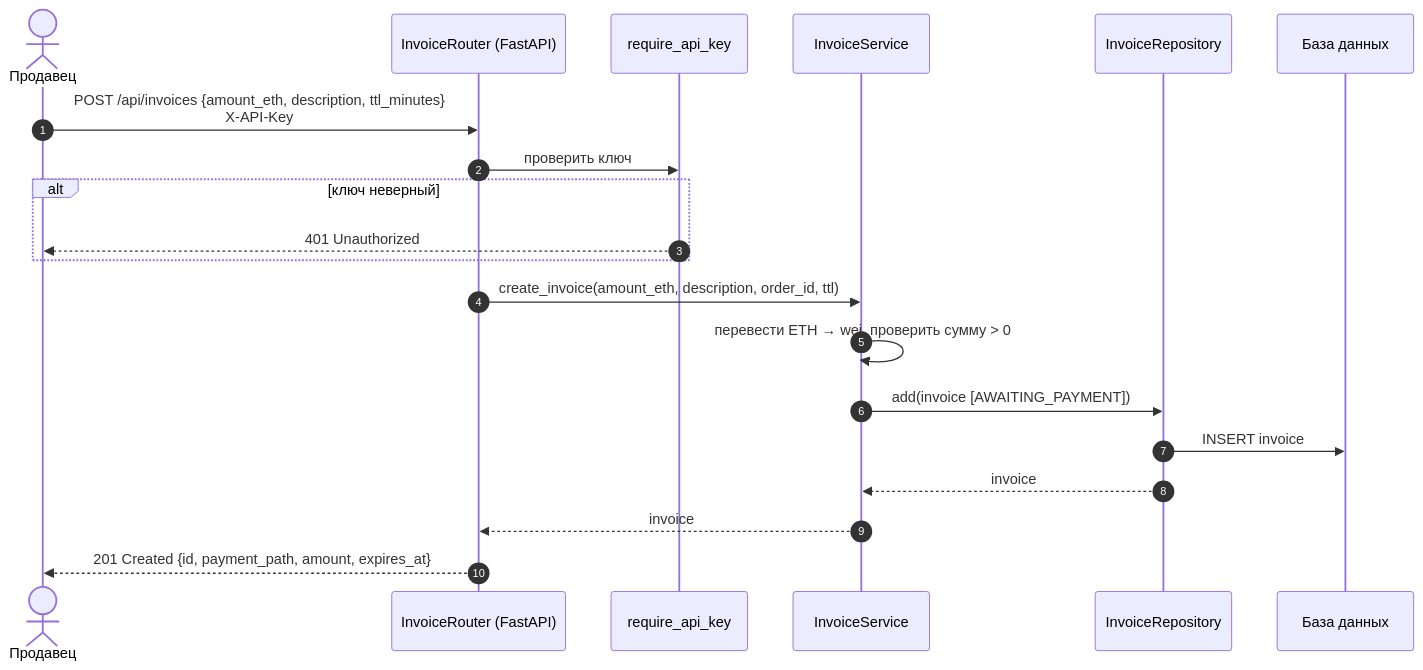
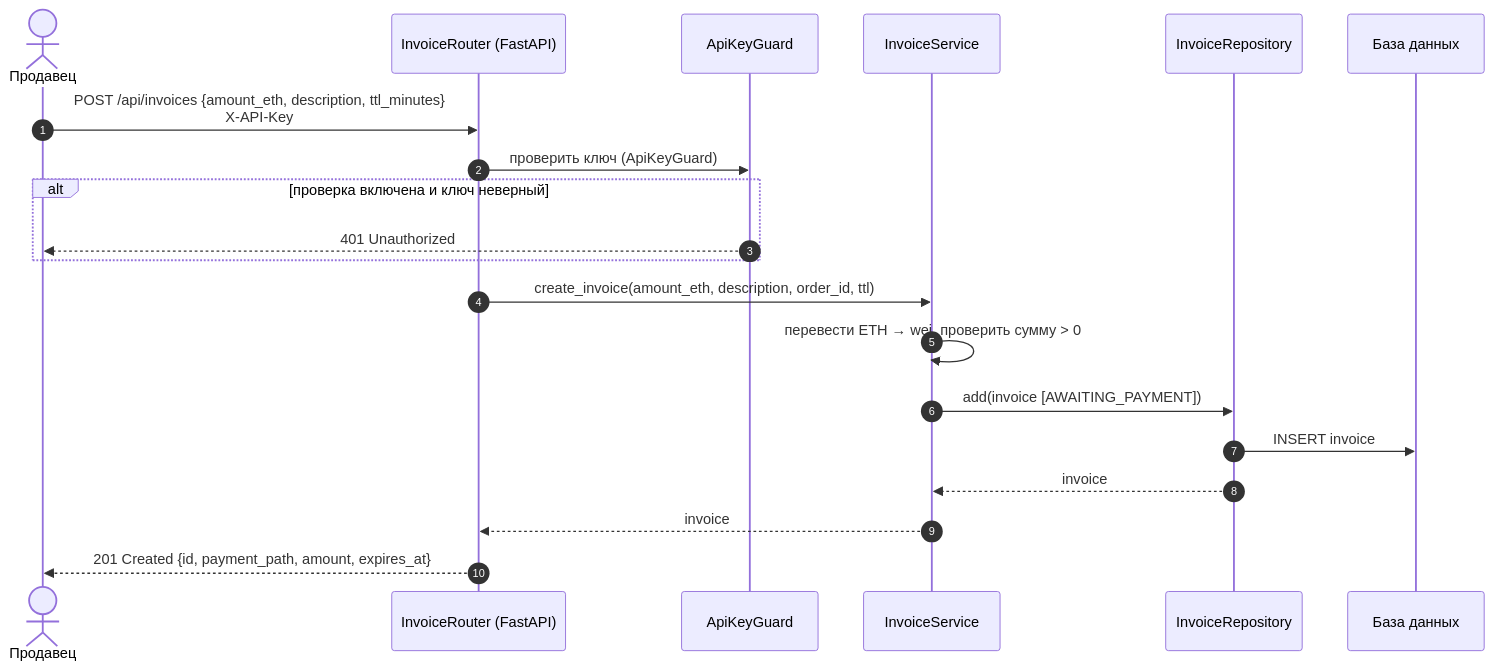
The first of 4 diagrams in docs/03-sequence.md (AslanTabaldiev/Cryptopay), drawn with Mermaid before and after one commit. The commit also changed other lines of this file and 60 other files, not shown here.

````diff
--- a/docs/03-sequence.md
+++ b/docs/03-sequence.md
@@ -5,23 +5,23 @@
 ```mermaid
 sequenceDiagram
     autonumber
     actor M as Продавец
     participant API as InvoiceRouter (FastAPI)
-    participant Auth as require_api_key
+    participant Auth as ApiKeyGuard
     participant IS as InvoiceService
     participant Repo as InvoiceRepository
     participant DB as База данных
 
     M->>API: POST /api/invoices {amount_eth, description, ttl_minutes}<br/>X-API-Key
-    API->>Auth: проверить ключ
-    alt ключ неверный
+    API->>Auth: проверить ключ (ApiKeyGuard)
+    alt проверка включена и ключ неверный
         Auth-->>M: 401 Unauthorized
     end
     API->>IS: create_invoice(amount_eth, description, order_id, ttl)
     IS->>IS: перевести ETH → wei, проверить сумму > 0
     IS->>Repo: add(invoice [AWAITING_PAYMENT])
     Repo->>DB: INSERT invoice
     Repo-->>IS: invoice
     IS-->>API: invoice
     API-->>M: 201 Created {id, payment_path, amount, expires_at}
 ```
````
